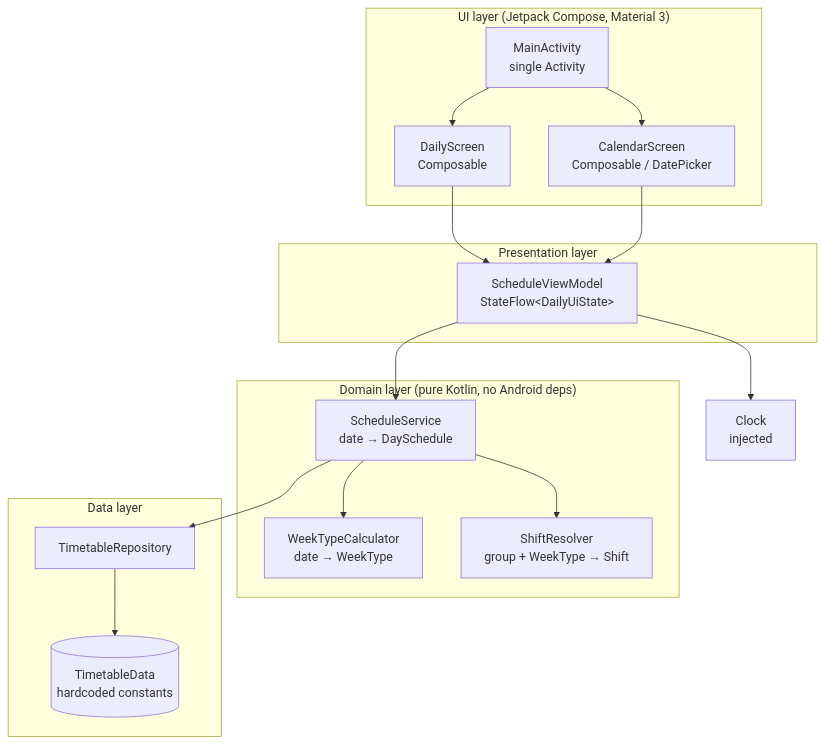
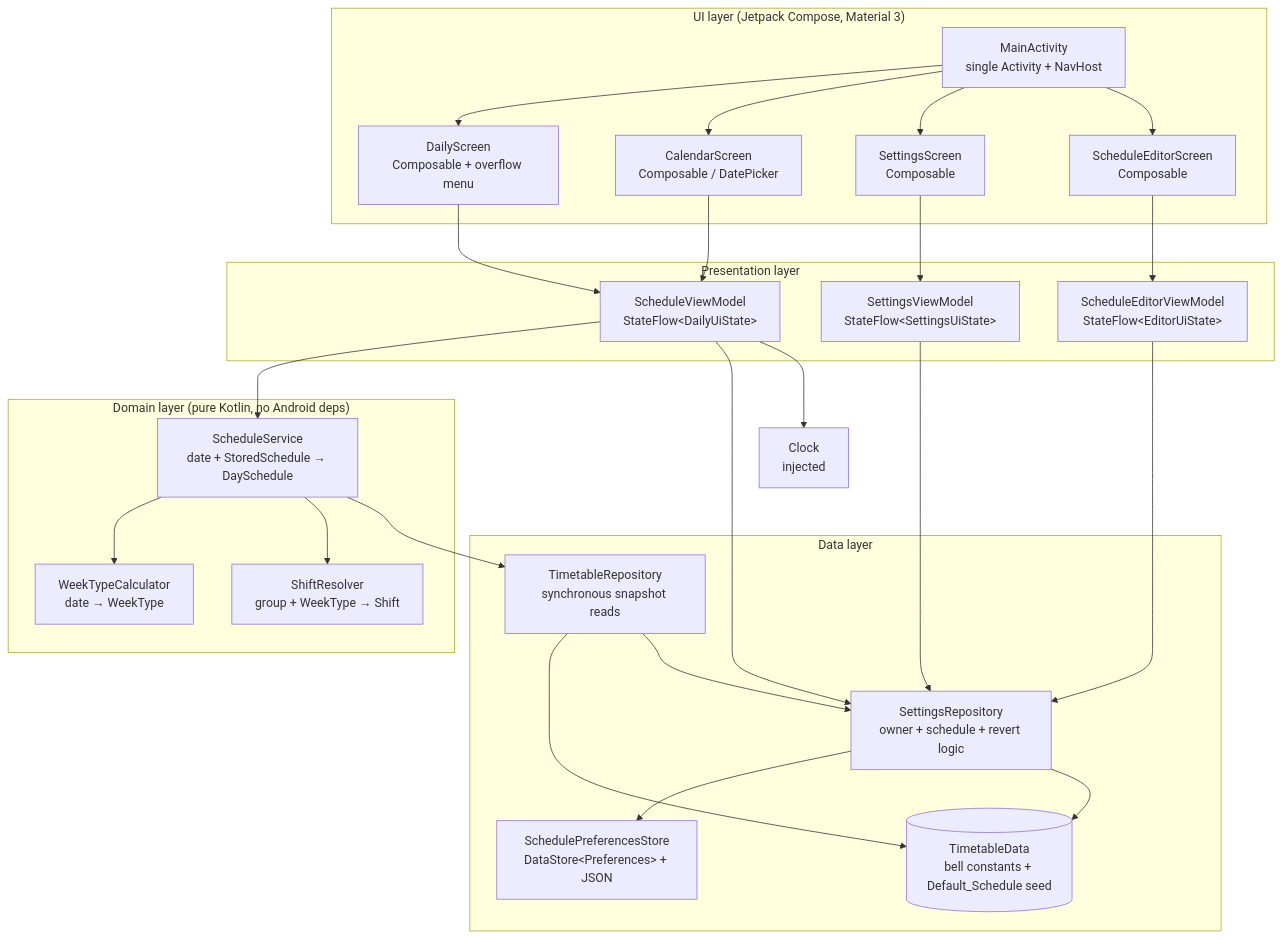
The diagram in .kiro/specs/school-timetable/design.md (rostojic/un-raspored), drawn with Mermaid before and after one commit. The commit also changed other lines of this file and 20 other files, not shown here.

First line of the commit message:
Add editable owner and schedule, revert, and Cyrillic UI

````diff
--- a/.kiro/specs/school-timetable/design.md
+++ b/.kiro/specs/school-timetable/design.md
@@ -31,34 +33,50 @@
 ```mermaid
 graph TD
     subgraph UI["UI layer (Jetpack Compose, Material 3)"]
-        A[MainActivity<br/>single Activity]
-        B[DailyScreen<br/>Composable]
+        A[MainActivity<br/>single Activity + NavHost]
+        B[DailyScreen<br/>Composable + overflow menu]
         C[CalendarScreen<br/>Composable / DatePicker]
+        S[SettingsScreen<br/>Composable]
+        ED[ScheduleEditorScreen<br/>Composable]
     end
 
     subgraph VM["Presentation layer"]
         D[ScheduleViewModel<br/>StateFlow&lt;DailyUiState&gt;]
+        SV[SettingsViewModel<br/>StateFlow&lt;SettingsUiState&gt;]
+        EV[ScheduleEditorViewModel<br/>StateFlow&lt;EditorUiState&gt;]
     end
 
     subgraph Domain["Domain layer (pure Kotlin, no Android deps)"]
         E[WeekTypeCalculator<br/>date → WeekType]
         F[ShiftResolver<br/>group + WeekType → Shift]
-        G[ScheduleService<br/>date → DaySchedule]
+        G[ScheduleService<br/>date + StoredSchedule → DaySchedule]
     end
 
     subgraph Data["Data layer"]
-        H[TimetableRepository]
-        I[(TimetableData<br/>hardcoded constants)]
+        H[TimetableRepository<br/>synchronous snapshot reads]
+        R[SettingsRepository<br/>owner + schedule + revert logic]
+        DS[SchedulePreferencesStore<br/>DataStore&lt;Preferences&gt; + JSON]
+        I[(TimetableData<br/>bell constants + Default_Schedule seed)]
     end
 
     A --> B
     A --> C
+    A --> S
+    A --> ED
     B --> D
     C --> D
+    S --> SV
+    ED --> EV
     D --> G
+    D --> R
+    SV --> R
+    EV --> R
     G --> E
     G --> F
     G --> H
+    R --> DS
+    R --> I
     H --> I
+    H --> R
     D --> J[Clock<br/>injected]
 ```
````
